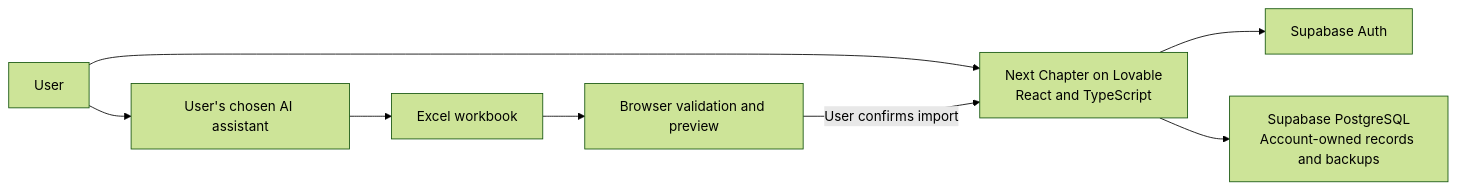
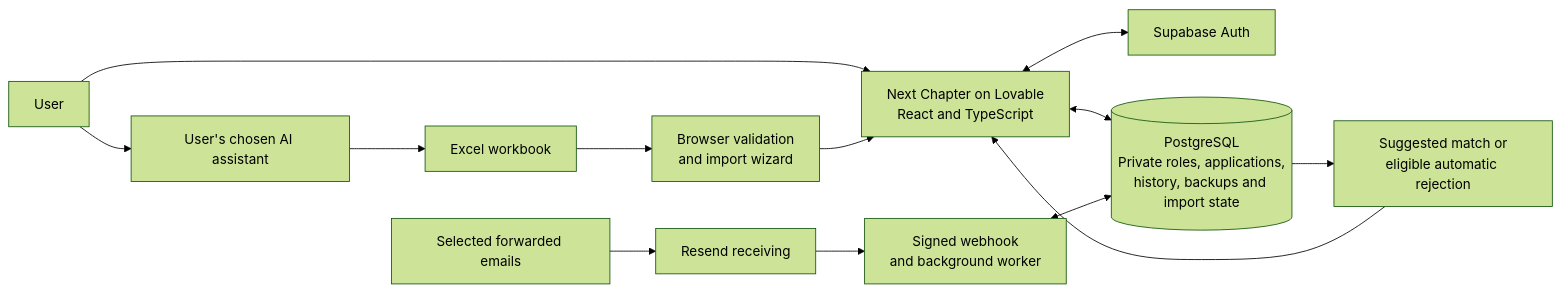
Before and after one commit to Built-by-Khiz/next-chapter-showcase: the diagram in README.md, drawn with Mermaid (forest theme). The commit also changed other lines of this file and 5 other files, not shown here.

Commit message:
Updated to reflect latest architecture and fixes

````diff
--- a/README.md
+++ b/README.md
@@ -48,10 +57,15 @@
 ```mermaid
 flowchart LR
-    User["User"] --> App["Next Chapter on Lovable<br/>React and TypeScript"]
-    App --> Auth["Supabase Auth"]
-    App --> Data["Supabase PostgreSQL<br/>Account-owned records and backups"]
+    User["User"] --> UI["Next Chapter on Lovable<br/>React and TypeScript"]
+    UI <--> Auth["Supabase Auth"]
+    UI <--> DB[("PostgreSQL<br/>Private roles, applications,<br/>history, backups and import state")]
     User --> AI["User's chosen AI assistant"]
-    AI --> File["Excel workbook"]
-    File --> Preview["Browser validation and preview"]
-    Preview -->|"User confirms import"| App
+    AI --> Workbook["Excel workbook"]
+    Workbook --> Preview["Browser validation<br/>and import wizard"]
+    Preview --> UI
+    Mail["Selected forwarded emails"] --> Resend["Resend receiving"]
+    Resend --> Receiver["Signed webhook<br/>and background worker"]
+    Receiver <--> DB
+    DB --> Review["Suggested match or<br/>eligible automatic rejection"]
+    Review --> UI
 ```
````
